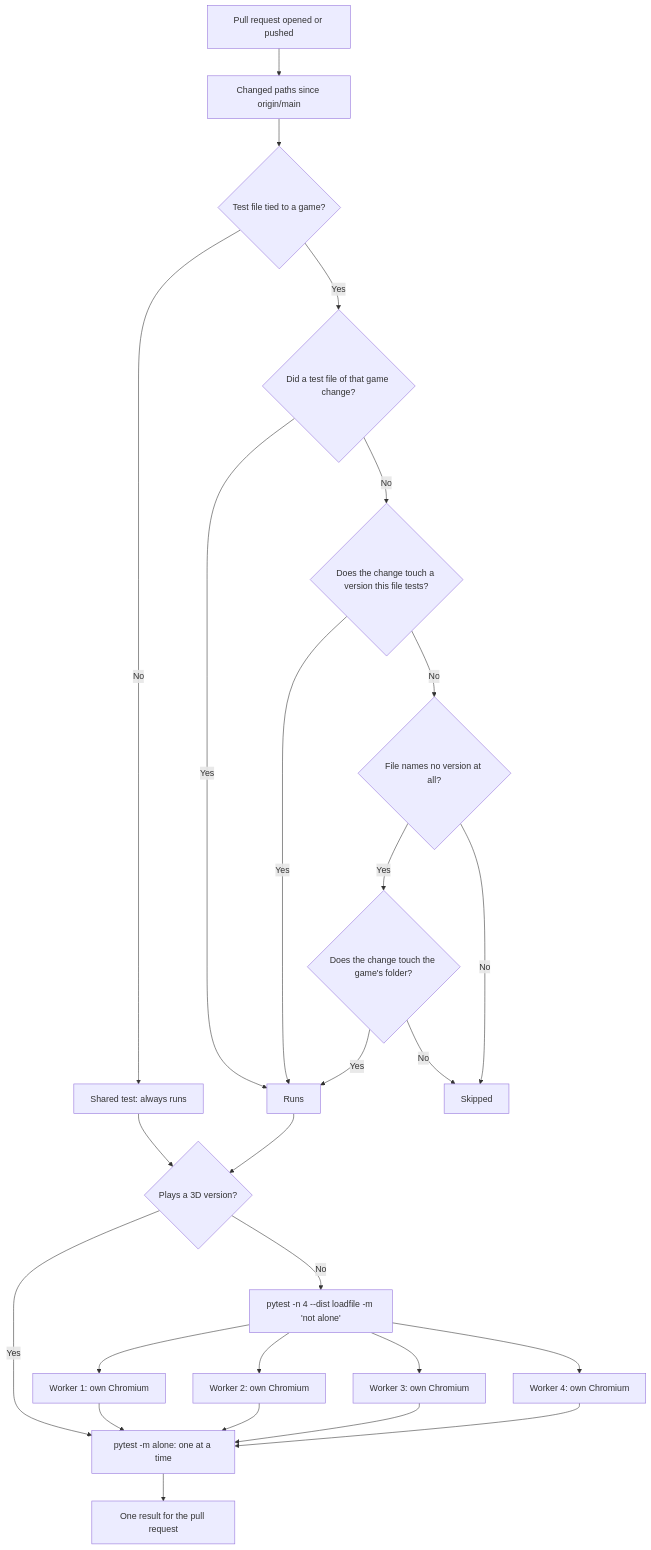
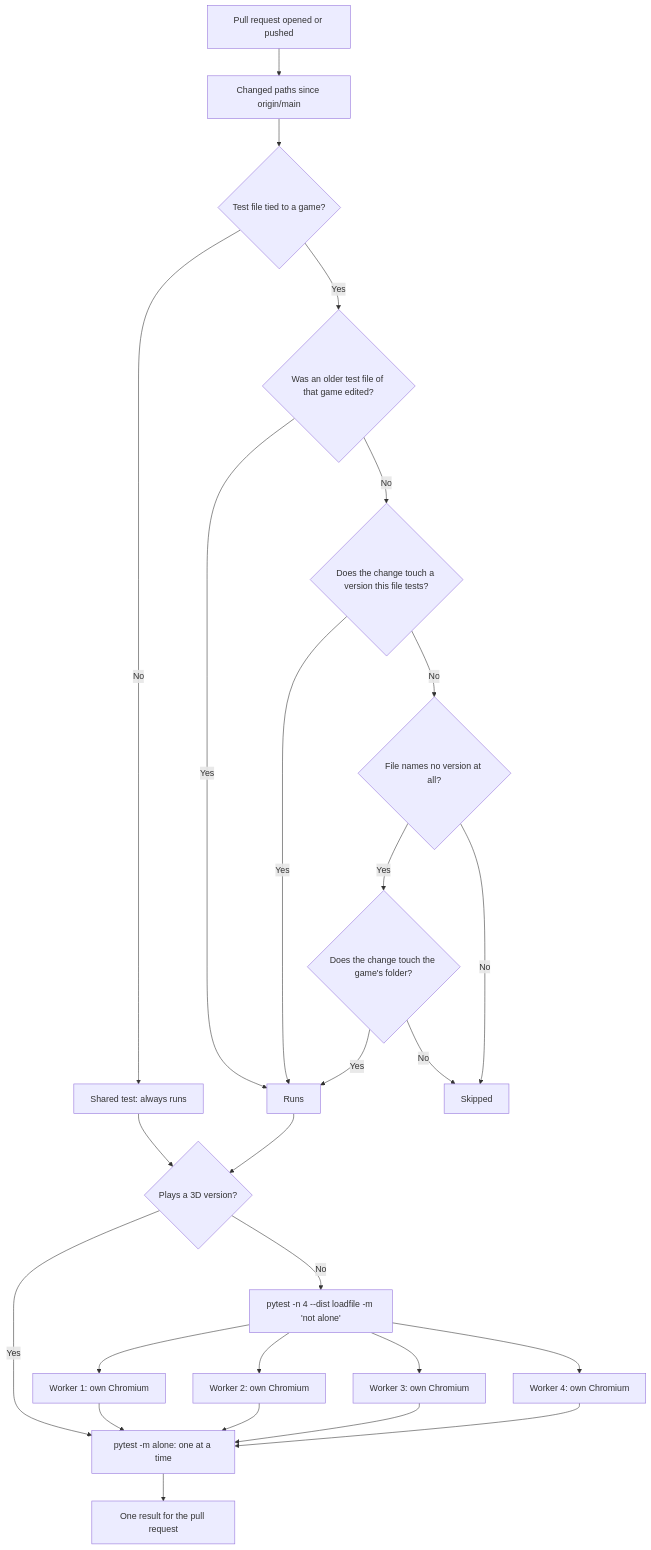
One commit to eerovil/ai-pelit changed the diagram in docs/diagrams/pr-tests.md. Above: the diagram before and after it, drawn with Mermaid. The commit also changed other lines of this file and 3 other files, not shown here.

````diff
--- a/docs/diagrams/pr-tests.md
+++ b/docs/diagrams/pr-tests.md
@@ -9,31 +9,31 @@
 ```mermaid
 flowchart TD
   A[Pull request opened or pushed] --> B[Changed paths since origin/main]
   B --> C{Test file tied to a game?}
   C -- No --> S[Shared test: always runs]
-  C -- Yes --> D{Did a test file of that game change?}
+  C -- Yes --> D{Was an older test file of that game edited?}
   D -- Yes --> R[Runs]
   D -- No --> E{Does the change touch a version this file tests?}
   E -- Yes --> R
   E -- No --> F{File names no version at all?}
   F -- Yes --> G{Does the change touch the game's folder?}
   G -- Yes --> R
   G -- No --> K[Skipped]
   F -- No --> K
   S --> T{Plays a 3D version?}
   R --> T
   T -- No --> P[pytest -n 4 --dist loadfile -m 'not alone']
   T -- Yes --> L[pytest -m alone: one at a time]
   P --> W1[Worker 1: own Chromium]
   P --> W2[Worker 2: own Chromium]
   P --> W3[Worker 3: own Chromium]
   P --> W4[Worker 4: own Chromium]
   W1 & W2 & W3 & W4 --> L
   L --> Z[One result for the pull request]
   class A,B blue
   class C,D,E,F,G,T amber
   class S,R green
   class K rose
   class P,W1,W2,W3,W4,L teal
   class Z violet
 ```
````
